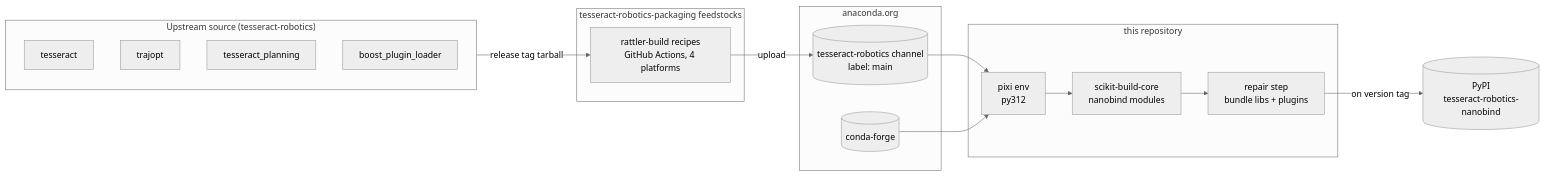
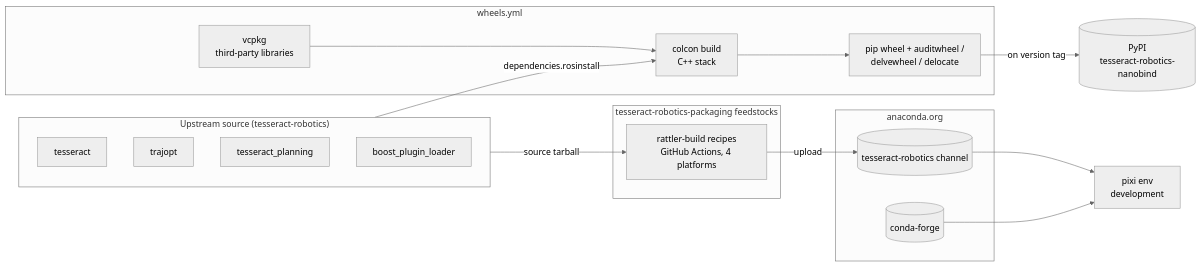
One commit to tesseract-robotics/tesseract_nanobind changed the first of 3 diagrams in docs/developer/binaries.md. Above: the diagram before and after it, drawn with Mermaid (neutral theme). The commit also changed other lines of this file and 20 other files, not shown here.

First line of the commit message:
Replace the pixi wheel pipeline with wheels.yml

````diff
--- a/docs/developer/binaries.md
+++ b/docs/developer/binaries.md
@@ -18,28 +15,30 @@
 ```mermaid
 flowchart LR
     subgraph upstream["Upstream source (tesseract-robotics)"]
         T[tesseract]
         TR[trajopt]
         TP[tesseract_planning]
         BPL[boost_plugin_loader]
     end
     subgraph pkg["tesseract-robotics-packaging feedstocks"]
         F[rattler-build recipes<br/>GitHub Actions, 4 platforms]
     end
     subgraph chan["anaconda.org"]
-        C[(tesseract-robotics channel<br/>label: main)]
+        C[(tesseract-robotics channel)]
         CF[(conda-forge)]
     end
-    subgraph repo["this repository"]
-        P[pixi env<br/>py312]
-        B[scikit-build-core<br/>nanobind modules]
-        R[repair step<br/>bundle libs + plugins]
+    subgraph wheels["wheels.yml"]
+        V[vcpkg<br/>third-party libraries]
+        CB[colcon build<br/>C++ stack]
+        R[pip wheel + auditwheel /<br/>delvewheel / delocate]
     end
+    P[pixi env<br/>development]
     W[(PyPI<br/>tesseract-robotics-nanobind)]
 
-    upstream -->|release tag tarball| F
+    upstream -->|source tarball| F
     F -->|upload| C
     C --> P
     CF --> P
-    P --> B --> R -->|on version tag| W
+    upstream -->|dependencies.rosinstall| CB
+    V --> CB --> R -->|on version tag| W
 ```
````
